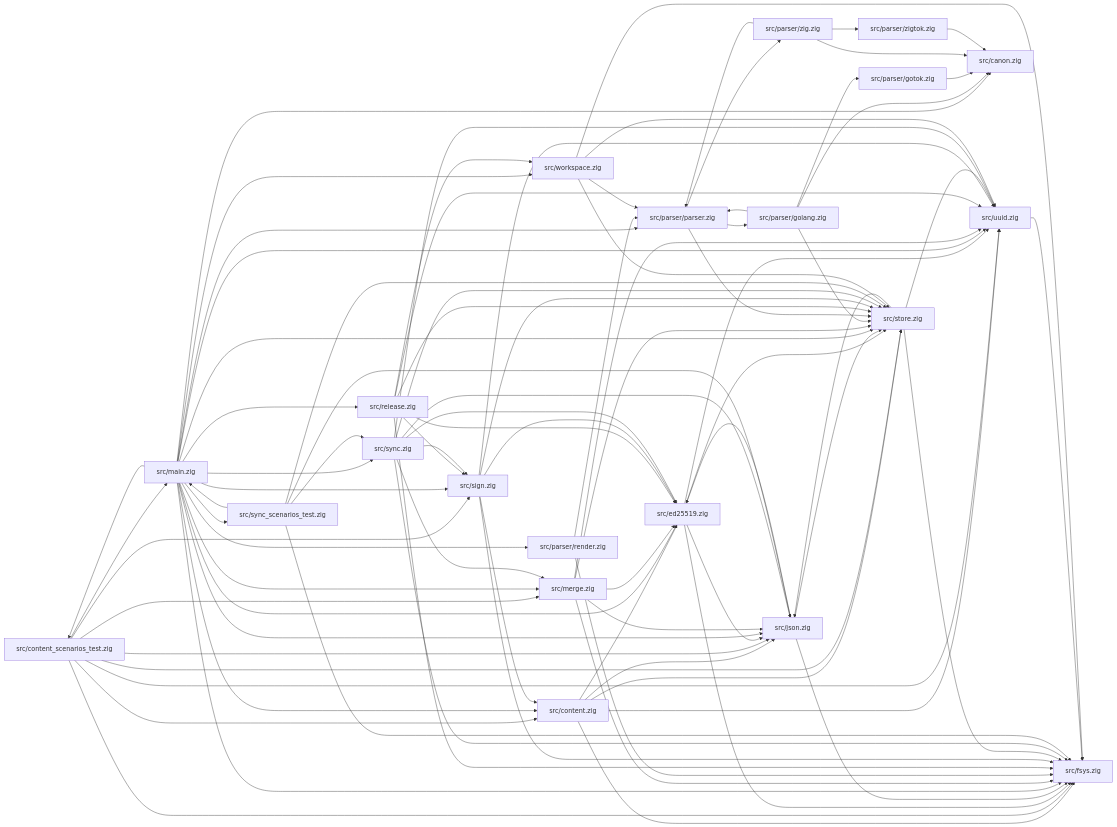
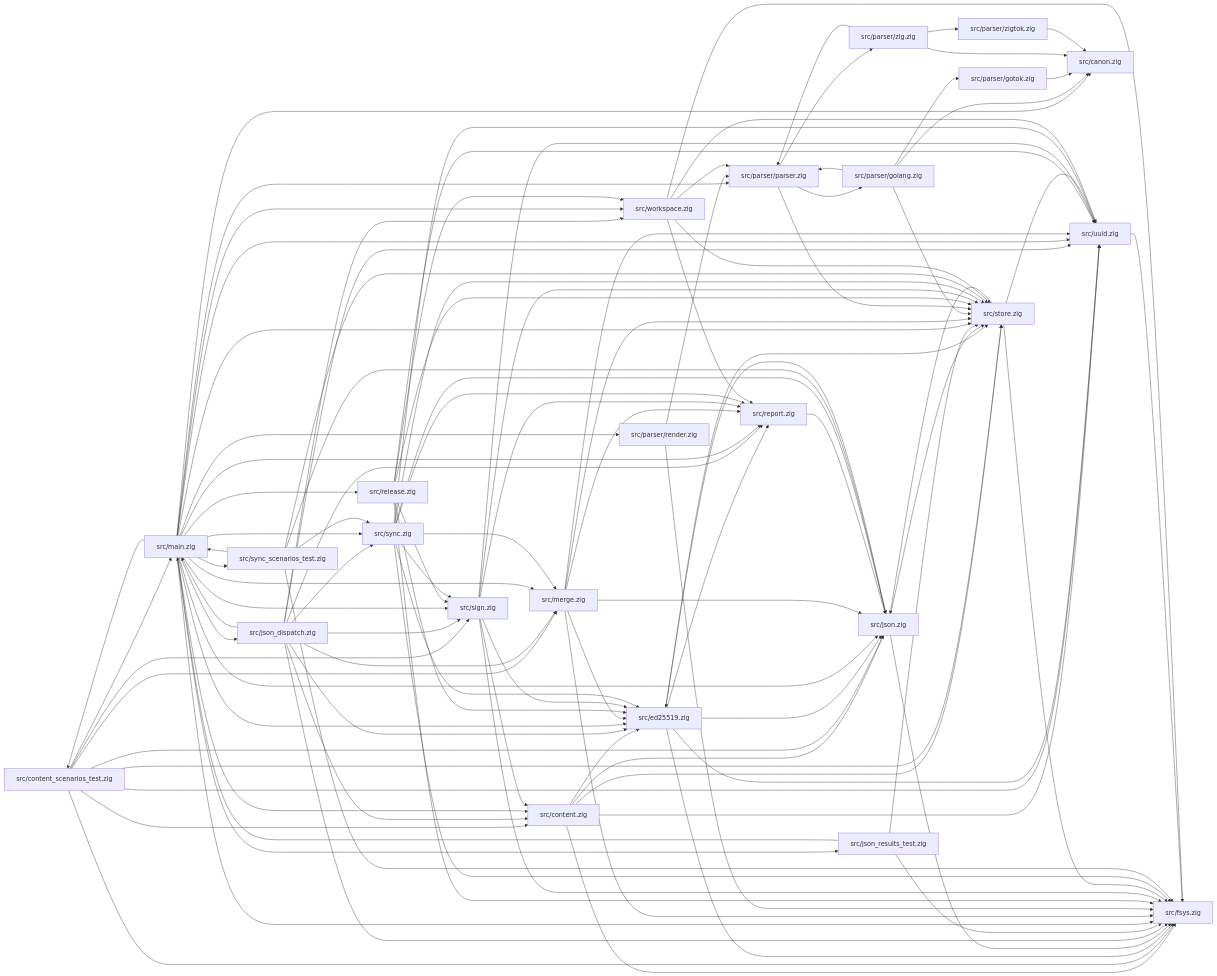
Before and after one commit to drawmeanelephant/flint-client: the diagram in docs/module-map.md, drawn with Mermaid. The commit also changed 3 other files, not shown here.

````diff
--- a/docs/module-map.md
+++ b/docs/module-map.md
@@ -21,21 +21,38 @@
   src_content_scenarios_test_zig["src/content_scenarios_test.zig"] --> src_uuid_zig["src/uuid.zig"]
   src_ed25519_zig["src/ed25519.zig"] --> src_fsys_zig["src/fsys.zig"]
   src_ed25519_zig["src/ed25519.zig"] --> src_json_zig["src/json.zig"]
+  src_ed25519_zig["src/ed25519.zig"] --> src_report_zig["src/report.zig"]
   src_ed25519_zig["src/ed25519.zig"] --> src_store_zig["src/store.zig"]
   src_ed25519_zig["src/ed25519.zig"] --> src_uuid_zig["src/uuid.zig"]
   src_json_zig["src/json.zig"] --> src_ed25519_zig["src/ed25519.zig"]
   src_json_zig["src/json.zig"] --> src_fsys_zig["src/fsys.zig"]
   src_json_zig["src/json.zig"] --> src_store_zig["src/store.zig"]
+  src_json_dispatch_zig["src/json_dispatch.zig"] --> src_content_zig["src/content.zig"]
+  src_json_dispatch_zig["src/json_dispatch.zig"] --> src_ed25519_zig["src/ed25519.zig"]
+  src_json_dispatch_zig["src/json_dispatch.zig"] --> src_fsys_zig["src/fsys.zig"]
+  src_json_dispatch_zig["src/json_dispatch.zig"] --> src_main_zig["src/main.zig"]
+  src_json_dispatch_zig["src/json_dispatch.zig"] --> src_merge_zig["src/merge.zig"]
+  src_json_dispatch_zig["src/json_dispatch.zig"] --> src_report_zig["src/report.zig"]
+  src_json_dispatch_zig["src/json_dispatch.zig"] --> src_sign_zig["src/sign.zig"]
+  src_json_dispatch_zig["src/json_dispatch.zig"] --> src_sync_zig["src/sync.zig"]
+  src_json_dispatch_zig["src/json_dispatch.zig"] --> src_uuid_zig["src/uuid.zig"]
+  src_json_dispatch_zig["src/json_dispatch.zig"] --> src_workspace_zig["src/workspace.zig"]
+  src_json_results_test_zig["src/json_results_test.zig"] --> src_fsys_zig["src/fsys.zig"]
+  src_json_results_test_zig["src/json_results_test.zig"] --> src_main_zig["src/main.zig"]
+  src_json_results_test_zig["src/json_results_test.zig"] --> src_store_zig["src/store.zig"]
   src_main_zig["src/main.zig"] --> src_canon_zig["src/canon.zig"]
   src_main_zig["src/main.zig"] --> src_content_zig["src/content.zig"]
   src_main_zig["src/main.zig"] --> src_content_scenarios_test_zig["src/content_scenarios_test.zig"]
   src_main_zig["src/main.zig"] --> src_ed25519_zig["src/ed25519.zig"]
   src_main_zig["src/main.zig"] --> src_fsys_zig["src/fsys.zig"]
   src_main_zig["src/main.zig"] --> src_json_zig["src/json.zig"]
+  src_main_zig["src/main.zig"] --> src_json_dispatch_zig["src/json_dispatch.zig"]
+  src_main_zig["src/main.zig"] --> src_json_results_test_zig["src/json_results_test.zig"]
   src_main_zig["src/main.zig"] --> src_merge_zig["src/merge.zig"]
   src_main_zig["src/main.zig"] --> src_parser_parser_zig["src/parser/parser.zig"]
   src_main_zig["src/main.zig"] --> src_parser_render_zig["src/parser/render.zig"]
   src_main_zig["src/main.zig"] --> src_release_zig["src/release.zig"]
+  src_main_zig["src/main.zig"] --> src_report_zig["src/report.zig"]
   src_main_zig["src/main.zig"] --> src_sign_zig["src/sign.zig"]
   src_main_zig["src/main.zig"] --> src_store_zig["src/store.zig"]
   src_main_zig["src/main.zig"] --> src_sync_zig["src/sync.zig"]
@@ -45,6 +62,7 @@
   src_merge_zig["src/merge.zig"] --> src_ed25519_zig["src/ed25519.zig"]
   src_merge_zig["src/merge.zig"] --> src_fsys_zig["src/fsys.zig"]
   src_merge_zig["src/merge.zig"] --> src_json_zig["src/json.zig"]
+  src_merge_zig["src/merge.zig"] --> src_report_zig["src/report.zig"]
   src_merge_zig["src/merge.zig"] --> src_store_zig["src/store.zig"]
   src_merge_zig["src/merge.zig"] --> src_uuid_zig["src/uuid.zig"]
   src_parser_golang_zig["src/parser/golang.zig"] --> src_canon_zig["src/canon.zig"]
@@ -67,9 +85,11 @@
   src_release_zig["src/release.zig"] --> src_store_zig["src/store.zig"]
   src_release_zig["src/release.zig"] --> src_uuid_zig["src/uuid.zig"]
   src_release_zig["src/release.zig"] --> src_workspace_zig["src/workspace.zig"]
+  src_report_zig["src/report.zig"] --> src_json_zig["src/json.zig"]
   src_sign_zig["src/sign.zig"] --> src_content_zig["src/content.zig"]
   src_sign_zig["src/sign.zig"] --> src_ed25519_zig["src/ed25519.zig"]
   src_sign_zig["src/sign.zig"] --> src_fsys_zig["src/fsys.zig"]
+  src_sign_zig["src/sign.zig"] --> src_report_zig["src/report.zig"]
   src_sign_zig["src/sign.zig"] --> src_store_zig["src/store.zig"]
   src_sign_zig["src/sign.zig"] --> src_uuid_zig["src/uuid.zig"]
   src_store_zig["src/store.zig"] --> src_fsys_zig["src/fsys.zig"]
@@ -79,6 +99,7 @@
   src_sync_zig["src/sync.zig"] --> src_fsys_zig["src/fsys.zig"]
   src_sync_zig["src/sync.zig"] --> src_json_zig["src/json.zig"]
   src_sync_zig["src/sync.zig"] --> src_merge_zig["src/merge.zig"]
+  src_sync_zig["src/sync.zig"] --> src_report_zig["src/report.zig"]
   src_sync_zig["src/sync.zig"] --> src_sign_zig["src/sign.zig"]
   src_sync_zig["src/sync.zig"] --> src_store_zig["src/store.zig"]
   src_sync_zig["src/sync.zig"] --> src_uuid_zig["src/uuid.zig"]
@@ -90,6 +111,7 @@
   src_uuid_zig["src/uuid.zig"] --> src_fsys_zig["src/fsys.zig"]
   src_workspace_zig["src/workspace.zig"] --> src_fsys_zig["src/fsys.zig"]
   src_workspace_zig["src/workspace.zig"] --> src_parser_parser_zig["src/parser/parser.zig"]
+  src_workspace_zig["src/workspace.zig"] --> src_report_zig["src/report.zig"]
   src_workspace_zig["src/workspace.zig"] --> src_store_zig["src/store.zig"]
   src_workspace_zig["src/workspace.zig"] --> src_uuid_zig["src/uuid.zig"]
 ```
````
